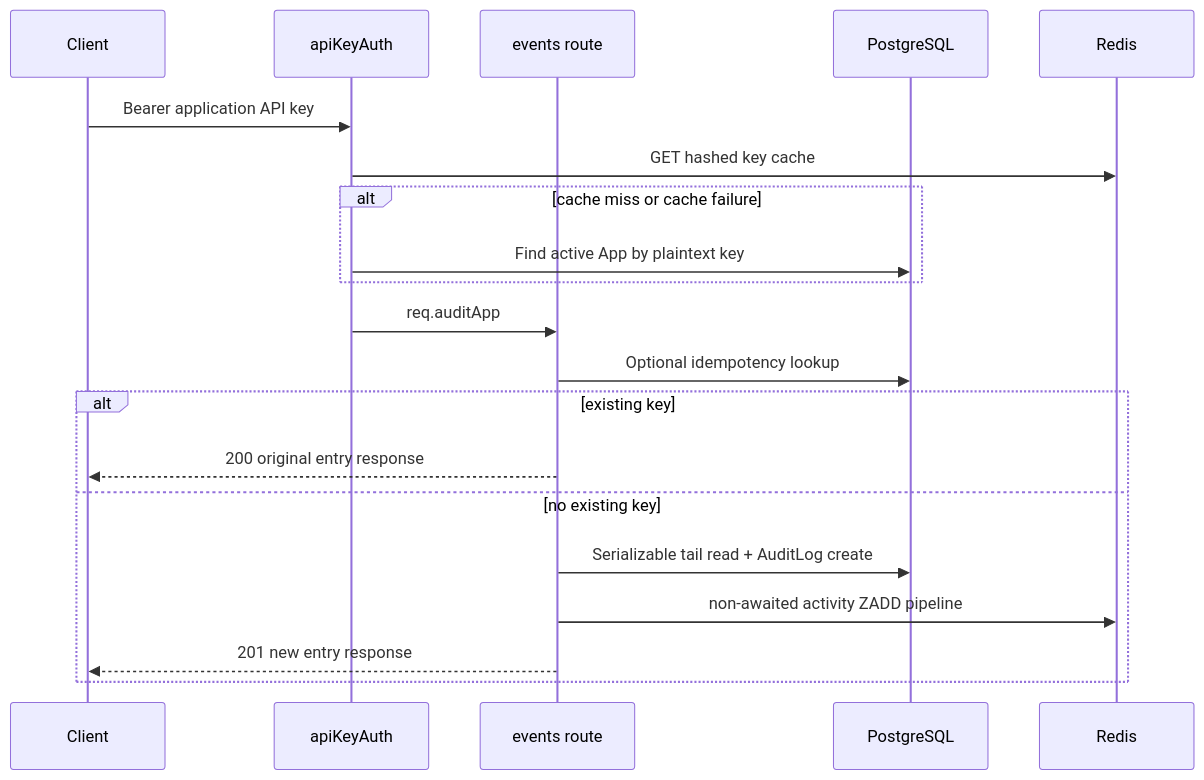
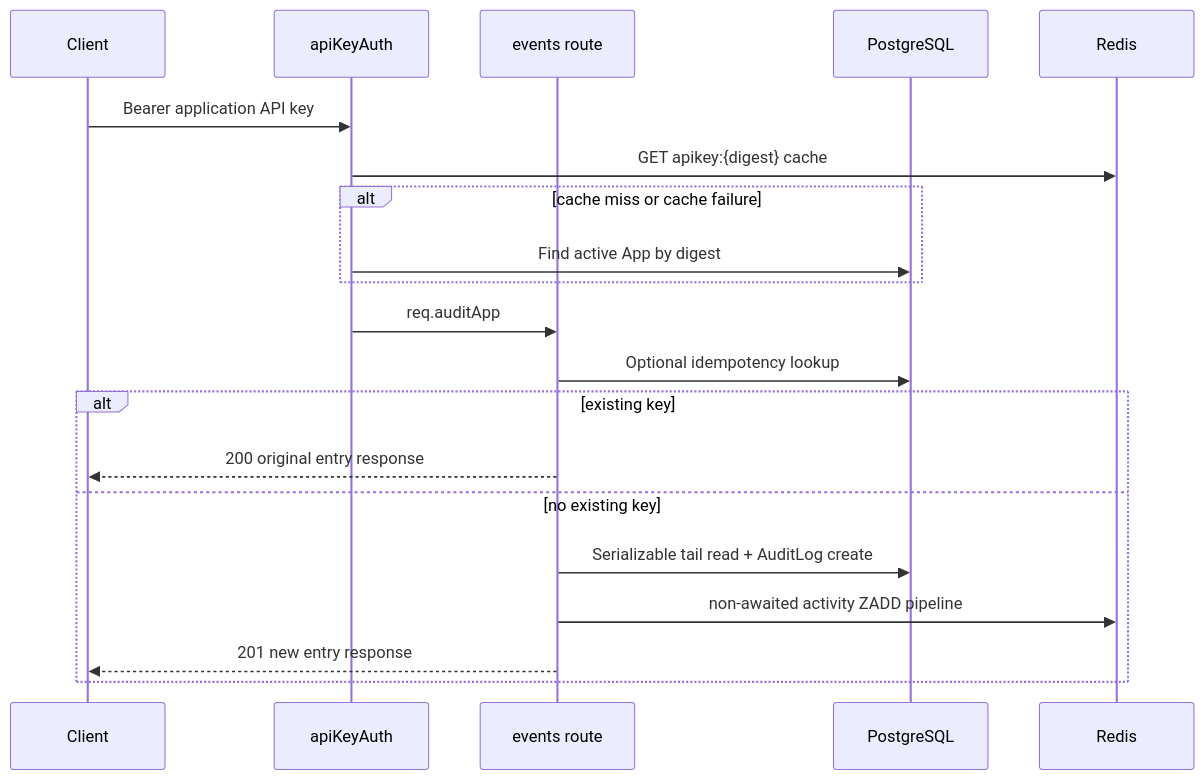
One commit to vinayak-88/AuditLog-Service changed the diagram in ROUTES_AND_FLOW.md. Above: the diagram before and after it, drawn with Mermaid. The commit also changed other lines of this file and 5 other files, not shown here.

```diff
--- a/ROUTES_AND_FLOW.md
+++ b/ROUTES_AND_FLOW.md
@@ -149,22 +146,22 @@
 ~~~mermaid
 sequenceDiagram
   participant C as Client
   participant A as apiKeyAuth
   participant R as events route
   participant P as PostgreSQL
   participant D as Redis
   C->>A: Bearer application API key
-  A->>D: GET hashed key cache
+  A->>D: GET apikey:{digest} cache
   alt cache miss or cache failure
-    A->>P: Find active App by plaintext key
+    A->>P: Find active App by digest
   end
   A->>R: req.auditApp
   R->>P: Optional idempotency lookup
   alt existing key
     R-->>C: 200 original entry response
   else no existing key
     R->>P: Serializable tail read + AuditLog create
     R->>D: non-awaited activity ZADD pipeline
     R-->>C: 201 new entry response
   end
 ~~~
```
